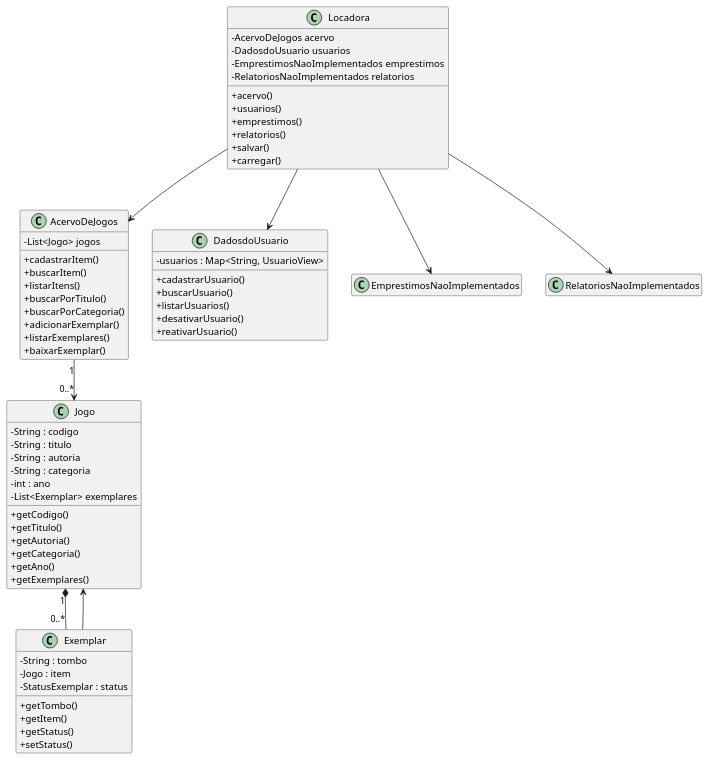
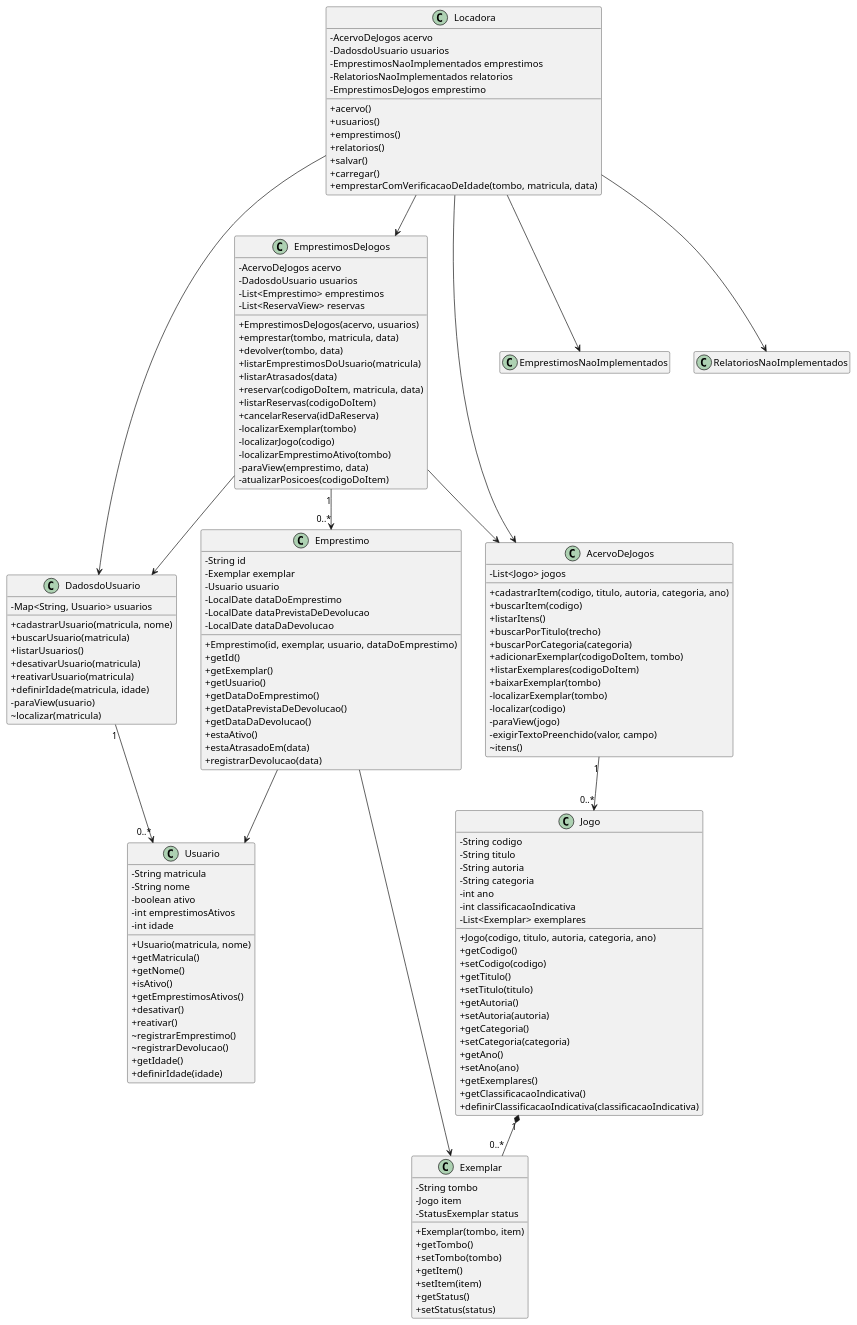
Before and after one commit to poo-dcx-2026-2/Mentalistas: the diagram in docs/modelo.puml, drawn with PlantUML.

Commit message:
Atualização do modelo.puml conforme as alterações feitas no código

```diff
--- a/docs/modelo.puml
+++ b/docs/modelo.puml
@@ -1,82 +1,175 @@
 @startuml
 ' Modelo de domínio do sistema: Entrega 1.
 '
 ' Este arquivo é o ponto de partida. Substitua pelo modelo da sua equipe.
 ' O diagrama precisa corresponder ao código entregue.
 '
 ' Para gerar a imagem: instale o plugin PlantUML no IntelliJ, ou use
 '   plantuml docs/modelo.puml
 ' e versione a imagem gerada ao lado deste arquivo.
 
 skinparam classAttributeIconSize 0
 hide empty members
 
 class Locadora {
     - AcervoDeJogos acervo
     - DadosdoUsuario usuarios
     - EmprestimosNaoImplementados emprestimos
     - RelatoriosNaoImplementados relatorios
+    - EmprestimosDeJogos emprestimo
     + acervo()
     + usuarios()
     + emprestimos()
     + relatorios()
     + salvar()
     + carregar()
+    + emprestarComVerificacaoDeIdade(tombo, matricula, data)
 }
 
 class AcervoDeJogos {
     - List<Jogo> jogos
-    + cadastrarItem()
-    + buscarItem()
+    + cadastrarItem(codigo, titulo, autoria, categoria, ano)
+    + buscarItem(codigo)
     + listarItens()
-    + buscarPorTitulo()
-    + buscarPorCategoria()
-    + adicionarExemplar()
-    + listarExemplares()
-    + baixarExemplar()
+    + buscarPorTitulo(trecho)
+    + buscarPorCategoria(categoria)
+    + adicionarExemplar(codigoDoItem, tombo)
+    + listarExemplares(codigoDoItem)
+    + baixarExemplar(tombo)
+    - localizarExemplar(tombo)
+    - localizar(codigo)
+    - paraView(jogo)
+    - exigirTextoPreenchido(valor, campo)
+    ~ itens()
 }
 
 class DadosdoUsuario {
-    - usuarios : Map<String, UsuarioView>
-    + cadastrarUsuario()
-    + buscarUsuario()
+    - Map<String, Usuario> usuarios
+    + cadastrarUsuario(matricula, nome)
+    + buscarUsuario(matricula)
     + listarUsuarios()
-    + desativarUsuario()
-    + reativarUsuario()
+    + desativarUsuario(matricula)
+    + reativarUsuario(matricula)
+    + definirIdade(matricula, idade)
+    - paraView(usuario)
+    ~ localizar(matricula)
 }
 
 class Jogo {
-    - String : codigo
-    - String : titulo
-    - String : autoria
-    - String : categoria
-    - int : ano
+    - String codigo
+    - String titulo
+    - String autoria
+    - String categoria
+    - int ano
+    - int classificacaoIndicativa
     - List<Exemplar> exemplares
+    + Jogo(codigo, titulo, autoria, categoria, ano)
     + getCodigo()
+    + setCodigo(codigo)
     + getTitulo()
+    + setTitulo(titulo)
     + getAutoria()
+    + setAutoria(autoria)
     + getCategoria()
+    + setCategoria(categoria)
     + getAno()
+    + setAno(ano)
     + getExemplares()
+    + getClassificacaoIndicativa()
+    + definirClassificacaoIndicativa(classificacaoIndicativa)
 }
 
 class Exemplar {
-    - String : tombo
-    - Jogo : item
-    - StatusExemplar : status
-    + getTombo()
-    + getItem()
-    + getStatus()
-    + setStatus()
+   - String tombo
+       - Jogo item
+       - StatusExemplar status
+
+       + Exemplar(tombo, item)
+       + getTombo()
+       + setTombo(tombo)
+       + getItem()
+       + setItem(item)
+       + getStatus()
+       + setStatus(status)
 }
+
+class Usuario {
+    - String matricula
+    - String nome
+    - boolean ativo
+    - int emprestimosAtivos
+    - int idade
+    + Usuario(matricula, nome)
+    + getMatricula()
+    + getNome()
+    + isAtivo()
+    + getEmprestimosAtivos()
+    + desativar()
+    + reativar()
+    ~ registrarEmprestimo()
+    ~ registrarDevolucao()
+    + getIdade()
+    + definirIdade(idade)
+}
+
+class EmprestimosDeJogos {
+    - AcervoDeJogos acervo
+    - DadosdoUsuario usuarios
+    - List<Emprestimo> emprestimos
+    - List<ReservaView> reservas
+    + EmprestimosDeJogos(acervo, usuarios)
+    + emprestar(tombo, matricula, data)
+    + devolver(tombo, data)
+    + listarEmprestimosDoUsuario(matricula)
+    + listarAtrasados(data)
+    + reservar(codigoDoItem, matricula, data)
+    + listarReservas(codigoDoItem)
+    + cancelarReserva(idDaReserva)
+    - localizarExemplar(tombo)
+    - localizarJogo(codigo)
+    - localizarEmprestimoAtivo(tombo)
+    - paraView(emprestimo, data)
+    - atualizarPosicoes(codigoDoItem)
+}
+
+class Emprestimo {
+    - String id
+    - Exemplar exemplar
+    - Usuario usuario
+    - LocalDate dataDoEmprestimo
+    - LocalDate dataPrevistaDeDevolucao
+    - LocalDate dataDaDevolucao
+    + Emprestimo(id, exemplar, usuario, dataDoEmprestimo)
+    + getId()
+    + getExemplar()
+    + getUsuario()
+    + getDataDoEmprestimo()
+    + getDataPrevistaDeDevolucao()
+    + getDataDaDevolucao()
+    + estaAtivo()
+    + estaAtrasadoEm(data)
+    + registrarDevolucao(data)
+}
+
+class EmprestimosNaoImplementados
+class RelatoriosNaoImplementados
 
 Locadora --> AcervoDeJogos
 Locadora --> DadosdoUsuario
 Locadora --> EmprestimosNaoImplementados
+Locadora --> EmprestimosDeJogos
 Locadora --> RelatoriosNaoImplementados
 
 AcervoDeJogos "1" --> "0..*" Jogo
 Jogo "1" *-- "0..*" Exemplar
-Exemplar --> Jogo
+
+DadosdoUsuario "1" --> "0..*" Usuario
+
+EmprestimosDeJogos --> AcervoDeJogos
+EmprestimosDeJogos --> DadosdoUsuario
+EmprestimosDeJogos "1" --> "0..*" Emprestimo
+
+Emprestimo --> Exemplar
+Emprestimo --> Usuario
 
 @enduml
```
